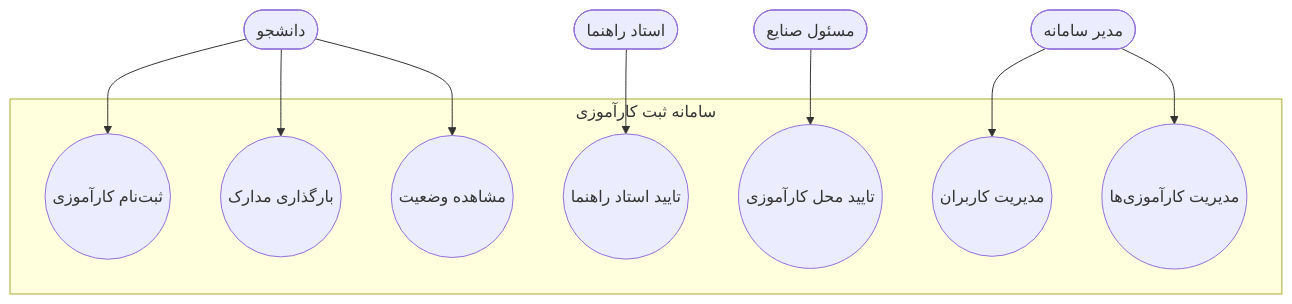
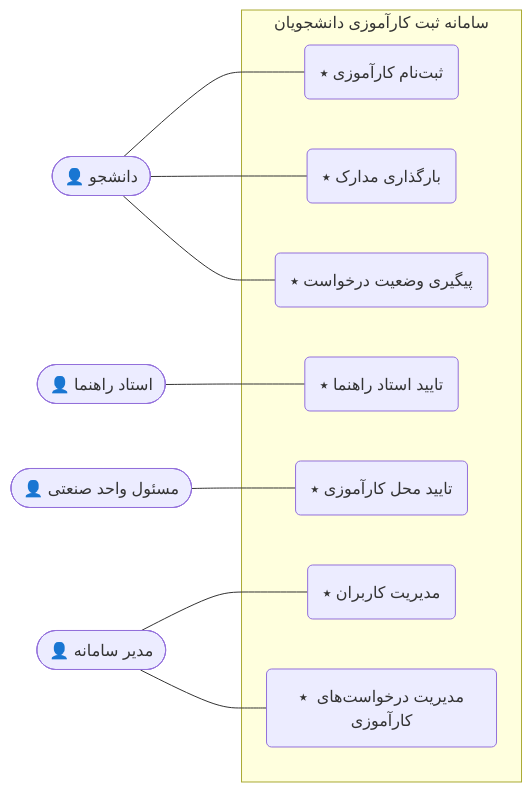
The diagram in docs/Usecase_diagram.mmd (fatemeh8201m/StudentInternshipRegistrationSystem), drawn with Mermaid before and after one commit.

```diff
--- a/docs/Usecase_diagram.mmd
+++ b/docs/Usecase_diagram.mmd
@@ -1,36 +1,34 @@
+flowchart LR
 
-%% Use Case Diagram for Internship Registration System
-%% Mermaid UML syntax
+%% ================= Actors =================
+student(["👤 دانشجو"])
+advisor(["👤 استاد راهنما"])
+industry(["👤 مسئول واحد صنعتی"])
+admin(["👤 مدیر سامانه"])
 
-flowchart TD
+%% ============== System Boundary ==============
+subgraph System["سامانه ثبت کارآموزی دانشجویان"]
+    UC_Register("⭑ ثبت‌نام کارآموزی")
+    UC_UploadDocs("⭑ بارگذاری مدارک")
+    UC_TrackStatus("⭑ پیگیری وضعیت درخواست")
+    UC_AdvisorApprove("⭑ تایید استاد راهنما")
+    UC_IndustryApprove("⭑ تایید محل کارآموزی")
+    UC_AdminManageUsers("⭑ مدیریت کاربران")
+    UC_AdminManageInterns("⭑ مدیریت درخواست‌های کارآموزی")
+end
 
-    %% Actors
-    student([دانشجو])
-    advisor([استاد راهنما])
-    industry([مسئول صنایع])
-    admin([مدیر سامانه])
+%% =============== Associations ===============
+student --- UC_Register
+student --- UC_UploadDocs
+student --- UC_TrackStatus
 
-    %% System Boundary
-    subgraph System[سامانه ثبت کارآموزی]
-        UC_Register((ثبت‌نام کارآموزی))
-        UC_UploadDocs((بارگذاری مدارک))
-        UC_ViewStatus((مشاهده وضعیت))
-        UC_ApproveAdvisor((تایید استاد راهنما))
-        UC_ApproveIndustry((تایید محل کارآموزی))
-        UC_ManageUsers((مدیریت کاربران))
-        UC_ManageInternships((مدیریت کارآموزی‌ها))
-    end
+advisor --- UC_AdvisorApprove
+industry --- UC_IndustryApprove
 
-    %% Relations
-    student --> UC_Register
-    student --> UC_UploadDocs
-    student --> UC_ViewStatus
+admin --- UC_AdminManageUsers
+admin --- UC_AdminManageInterns
 
-    advisor --> UC_ApproveAdvisor
-    industry --> UC_ApproveIndustry
 
-    admin --> UC_ManageUsers
-    admin --> UC_ManageInternships
 
     class K company;
     class M teacher
```
